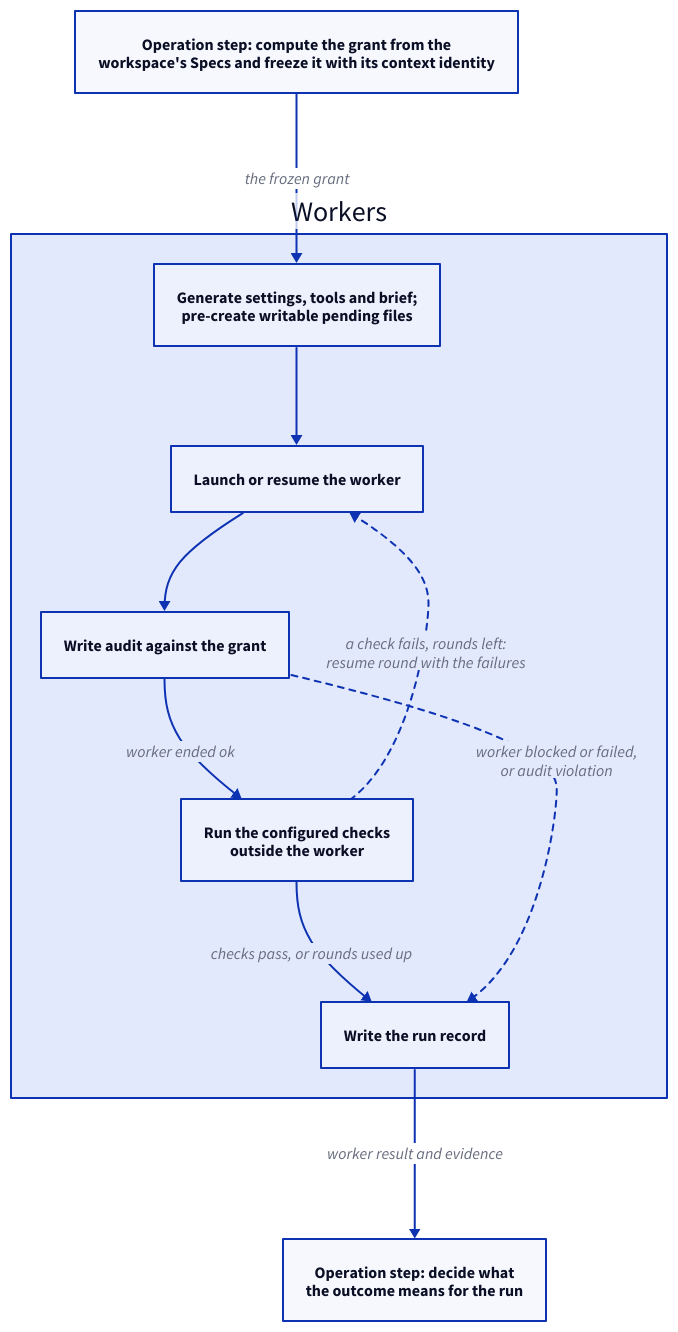
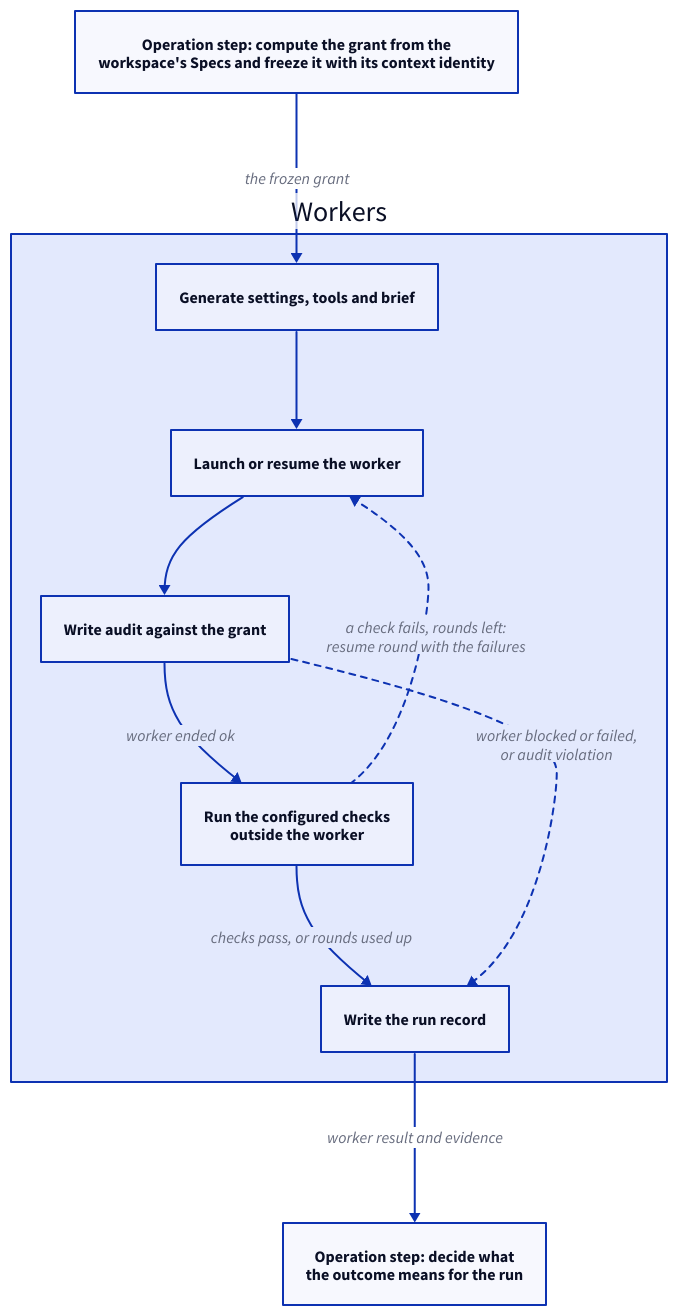
Before and after one commit to FTOD/concorde: the first of 3 diagrams in specs/concorde/execution/operations/module.md, drawn with D2. The commit also changed other lines of this file and 128 other files, not shown here.

````diff
--- a/specs/concorde/execution/operations/module.md
+++ b/specs/concorde/execution/operations/module.md
@@ -87,19 +87,19 @@
 ```d2 illustrative
 direction: down
 grant: "Operation step: compute the grant from the\nworkspace's Specs and freeze it with its context identity"
 workers: Workers {
-  prepare: "Generate settings, tools and brief;\npre-create writable pending files"
+  prepare: "Generate settings, tools and brief"
   launch: "Launch or resume the worker"
   audit: "Write audit against the grant"
   checks: "Run the configured checks\noutside the worker"
   record: "Write the run record"
   prepare -> launch -> audit
   audit -> checks: "worker ended ok"
   launch <- checks: "a check fails, rounds left:\nresume round with the failures" {style.stroke-dash: 3}
   checks -> record: "checks pass, or rounds used up"
   audit -> record: "worker blocked or failed,\nor audit violation" {style.stroke-dash: 3}
 }
 decide: "Operation step: decide what\nthe outcome means for the run"
 grant -> workers.prepare: "the frozen grant"
 workers.record -> decide: "worker result and evidence"
 ```
````
